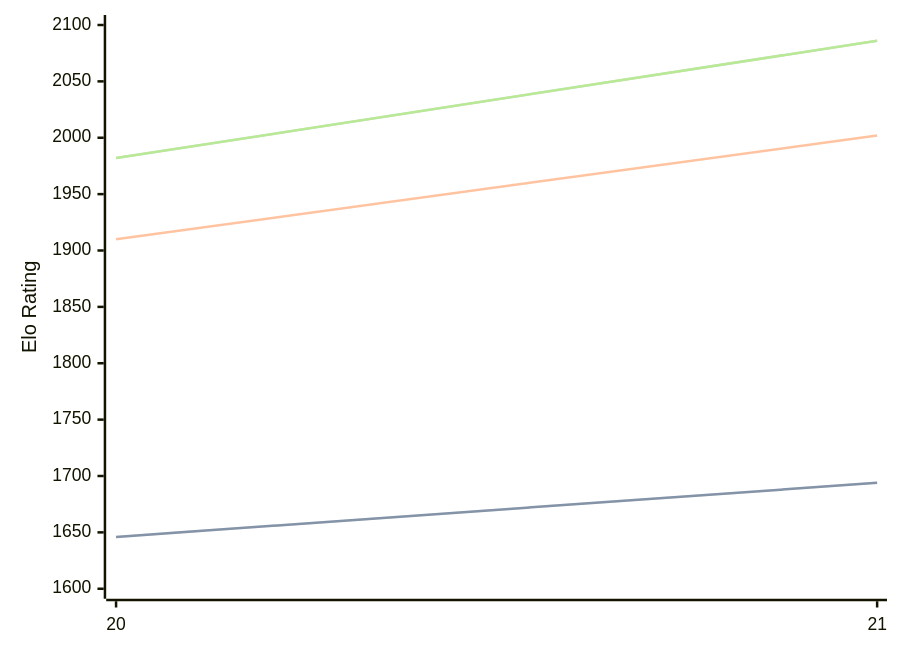
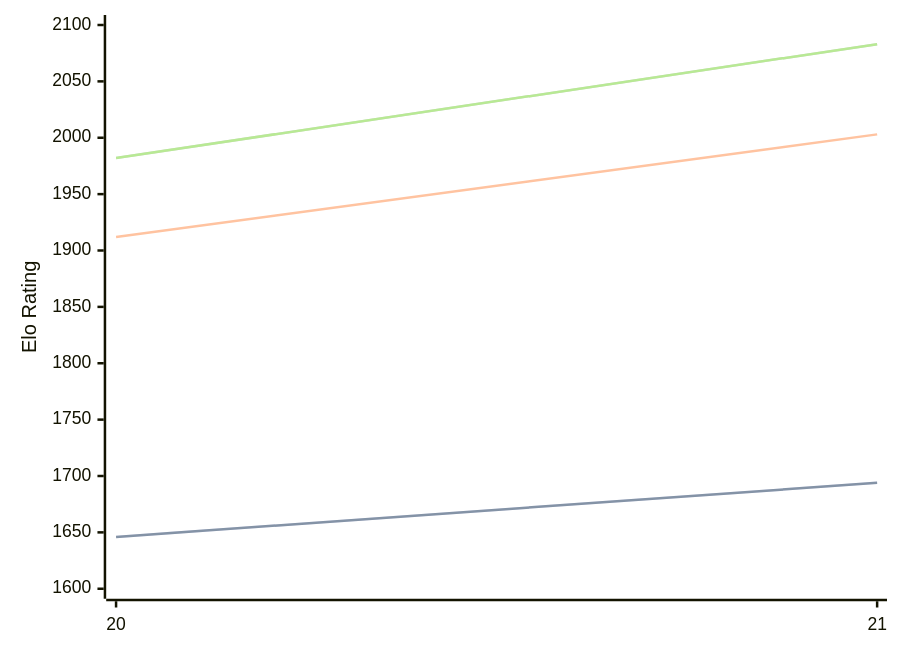
Before and after one commit to computer-chess-index/cci: the diagram in engines/PurplePanda.md, drawn with Mermaid. The commit also changed other lines of this file, not shown here.

Commit message:
Update CCI Ratings (ELO VLTC) - 2026-09-01

````diff
--- a/engines/PurplePanda.md
+++ b/engines/PurplePanda.md
@@ -32,11 +32,11 @@
 ```mermaid
 %%{init: {"theme":"base","themeVariables":{"seriesColors:['#a3a3a3','#222221','#faa371']}}}%%
 xychart-beta
   x-axis ["20", "21"]
   y-axis "Elo Rating" 1600 --> 2100
   line "" [1646, 1694]
   line "STC (8.0+0.08s)" [1646, 1694]
-  line "LTC (60.0+0.60s)" [1910, 2002]
-  line "" [1982, 2086]
-  line "VLTC (2m24s+1.12s)" [1982, 2086]
+  line "LTC (60.0+0.60s)" [1912, 2003]
+  line "" [1982, 2083]
+  line "VLTC (2m24s+1.12s)" [1982, 2083]
 ```
````
